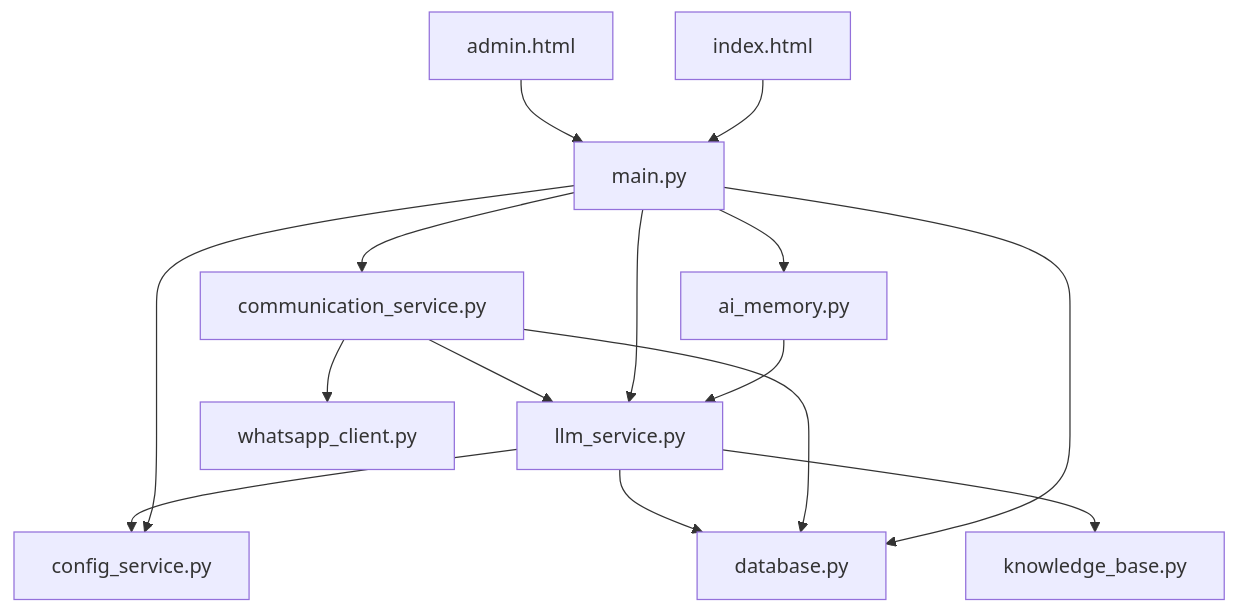
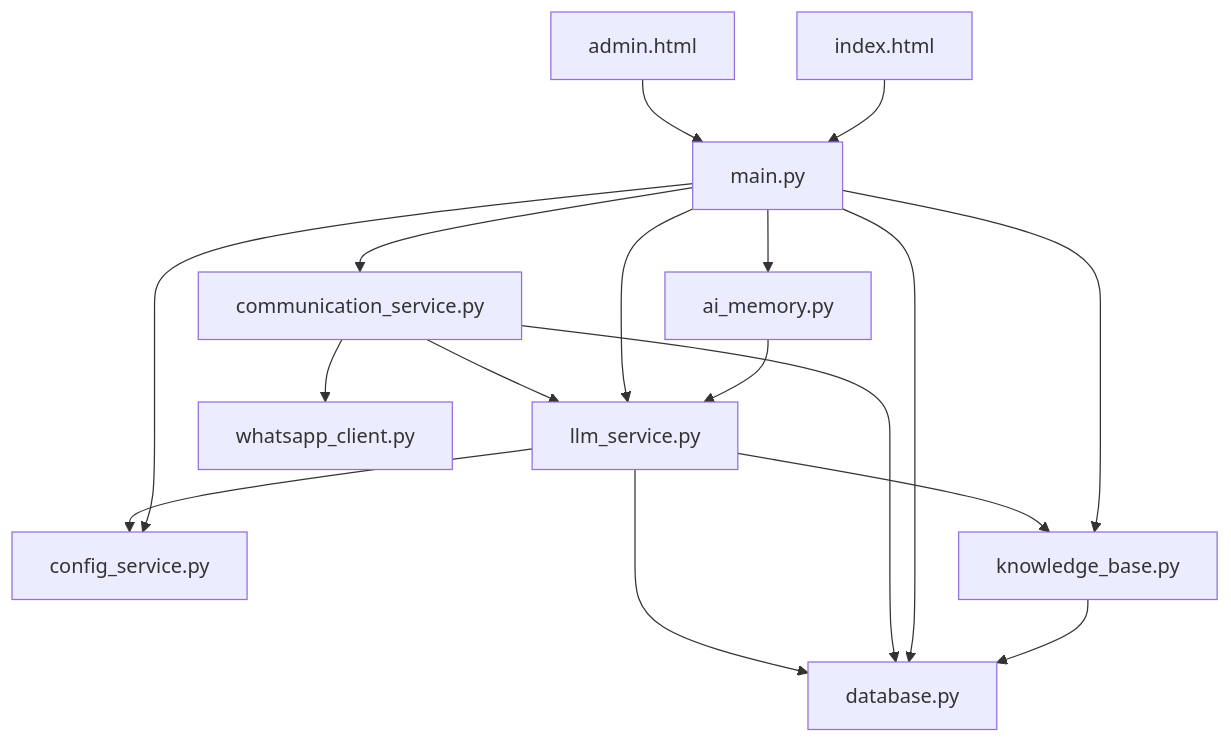
The eighth of 8 diagrams in .qoder/repowiki/zh/content/核心模块/大语言模型服务模块.md (2950730liao-hub/whatsapp-reply), drawn with Mermaid before and after one commit. The commit also changed other lines of this file and 10 other files, not shown here.

````diff
--- a/.qoder/repowiki/zh/content/核心模块/大语言模型服务模块.md
+++ b/.qoder/repowiki/zh/content/核心模块/大语言模型服务模块.md
@@ -548,17 +510,19 @@
 ```mermaid
 graph TD
 LLM[llm_service.py] --> CFG[config_service.py]
 LLM --> DB[database.py]
 LLM --> KB[knowledge_base.py]
 COMM[communication_service.py] --> LLM
 COMM --> DB
 COMM --> WA[whatsapp_client.py]
 MAIN[main.py] --> LLM
 MAIN --> COMM
 MAIN --> DB
 MAIN --> CFG
 MAIN --> MEM[ai_memory.py]
+MAIN --> KB
 MEM --> LLM
+KB --> DB
 ADMIN[admin.html] --> MAIN
 INDEX[index.html] --> MAIN
 ```
````
